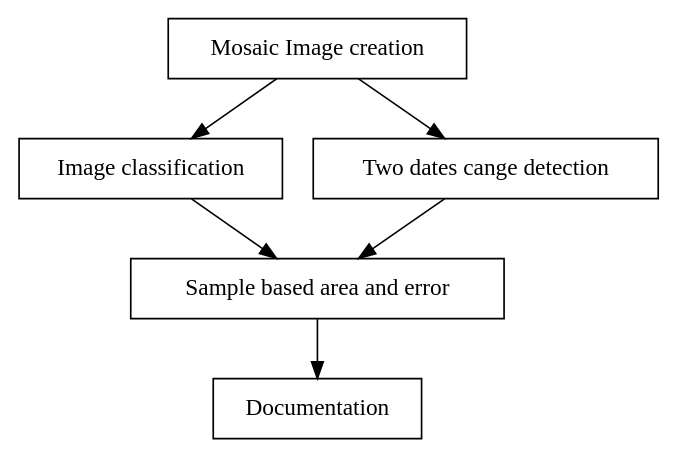
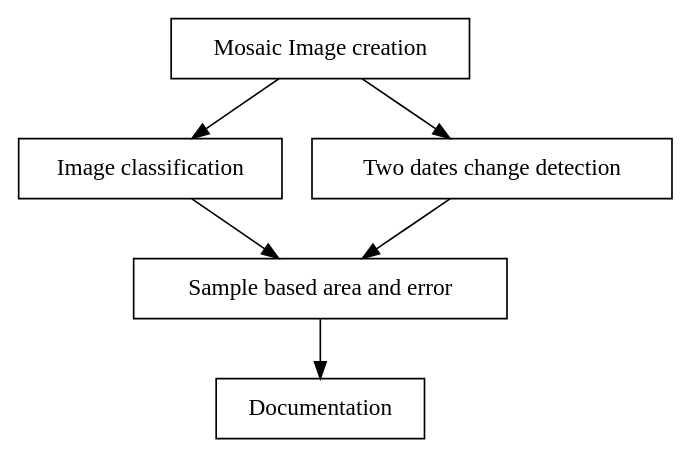
Before and after one commit to openforis/sepal-doc: the first of 4 diagrams in docs/source/workflows/area_estimation.rst, drawn with Graphviz. The commit also changed other lines of this file and 18 other files, not shown here.

```diff
--- a/docs/source/workflows/area_estimation.rst
+++ b/docs/source/workflows/area_estimation.rst
@@ -38,14 +38,14 @@
 .. graphviz::
 
     digraph process {
            mosaic [label="Mosaic Image creation", href="#mosaic-generation-landsat-sentinel-2", shape=box];
            classif [label="Image classification", href="#image-classification", shape=box];
-           change [label="Two dates cange detection", href="#image-change-detection", shape=box];
+           change [label="Two dates change detection", href="#image-change-detection", shape=box];
            sample [label="Sample based area and error", href="#sample-based-estimation-of-area-and-accuracy", shape=box];
            doc [label="Documentation", href="#documentation-and-archiving", shape=box];
            mosaic -> classif;
            mosaic -> change;
            classif -> sample;
            change -> sample;
            sample -> doc;
         }
```
